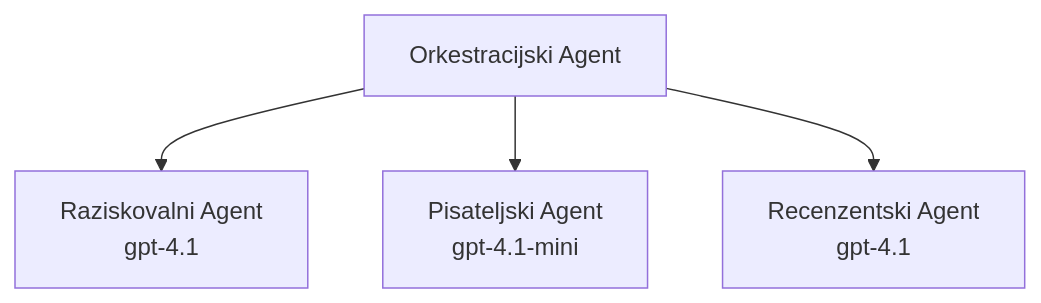
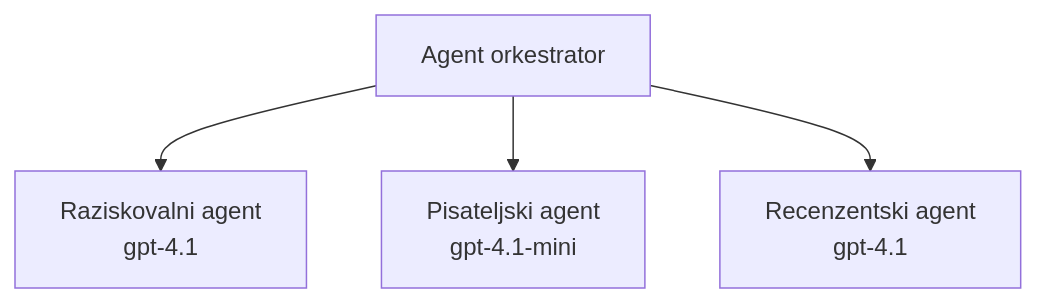
Before and after one commit to microsoft/AZD-for-beginners: the third of 3 diagrams in translations/sl/docs/chapter-02-ai-development/agents.md, drawn with Mermaid. The commit also changed other lines of this file and 104 other files, not shown here.

````diff
--- a/translations/sl/docs/chapter-02-ai-development/agents.md
+++ b/translations/sl/docs/chapter-02-ai-development/agents.md
@@ -194,6 +201,6 @@
 ```mermaid
 graph TD
-    Orchestrator[Orkestracijski Agent] --> Research[Raziskovalni Agent<br/>gpt-4.1]
-    Orchestrator --> Writer[Pisateljski Agent<br/>gpt-4.1-mini]
-    Orchestrator --> Reviewer[Recenzentski Agent<br/>gpt-4.1]
+    Orchestrator[Agent orkestrator] --> Research[Raziskovalni agent<br/>gpt-4.1]
+    Orchestrator --> Writer[Pisateljski agent<br/>gpt-4.1-mini]
+    Orchestrator --> Reviewer[Recenzentski agent<br/>gpt-4.1]
 ```
````
